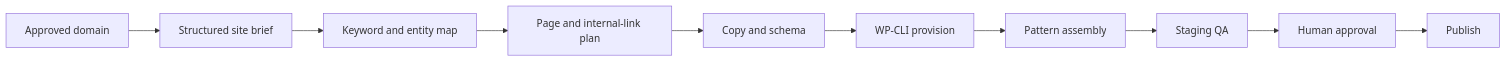
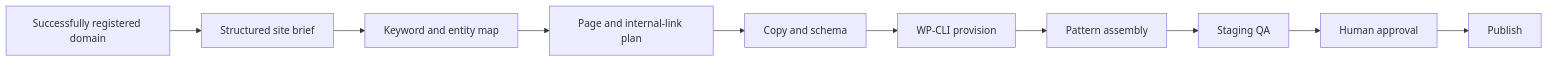
One commit to wacafla/oovi-docs changed the diagram in wordpress-factory.md. Above: the diagram before and after it, drawn with Mermaid. The commit also changed 15 other files, not shown here.

````diff
--- a/wordpress-factory.md
+++ b/wordpress-factory.md
@@ -14,12 +14,12 @@
 ```mermaid
 flowchart LR
-    A[Approved domain] --> B[Structured site brief]
+    A[Successfully registered domain] --> B[Structured site brief]
     B --> C[Keyword and entity map]
     C --> D[Page and internal-link plan]
     D --> E[Copy and schema]
     E --> F[WP-CLI provision]
     F --> G[Pattern assembly]
     G --> H[Staging QA]
     H --> I[Human approval]
     I --> J[Publish]
 ```
````
